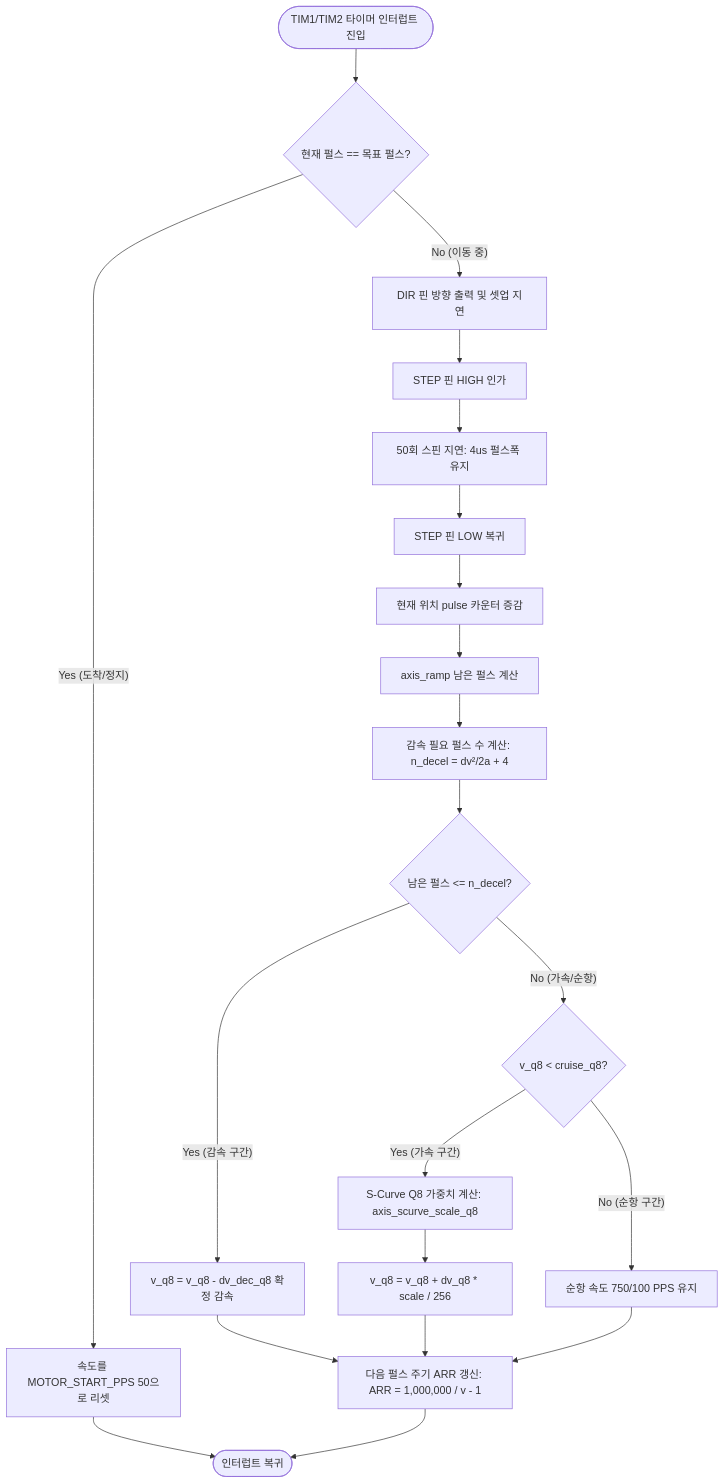
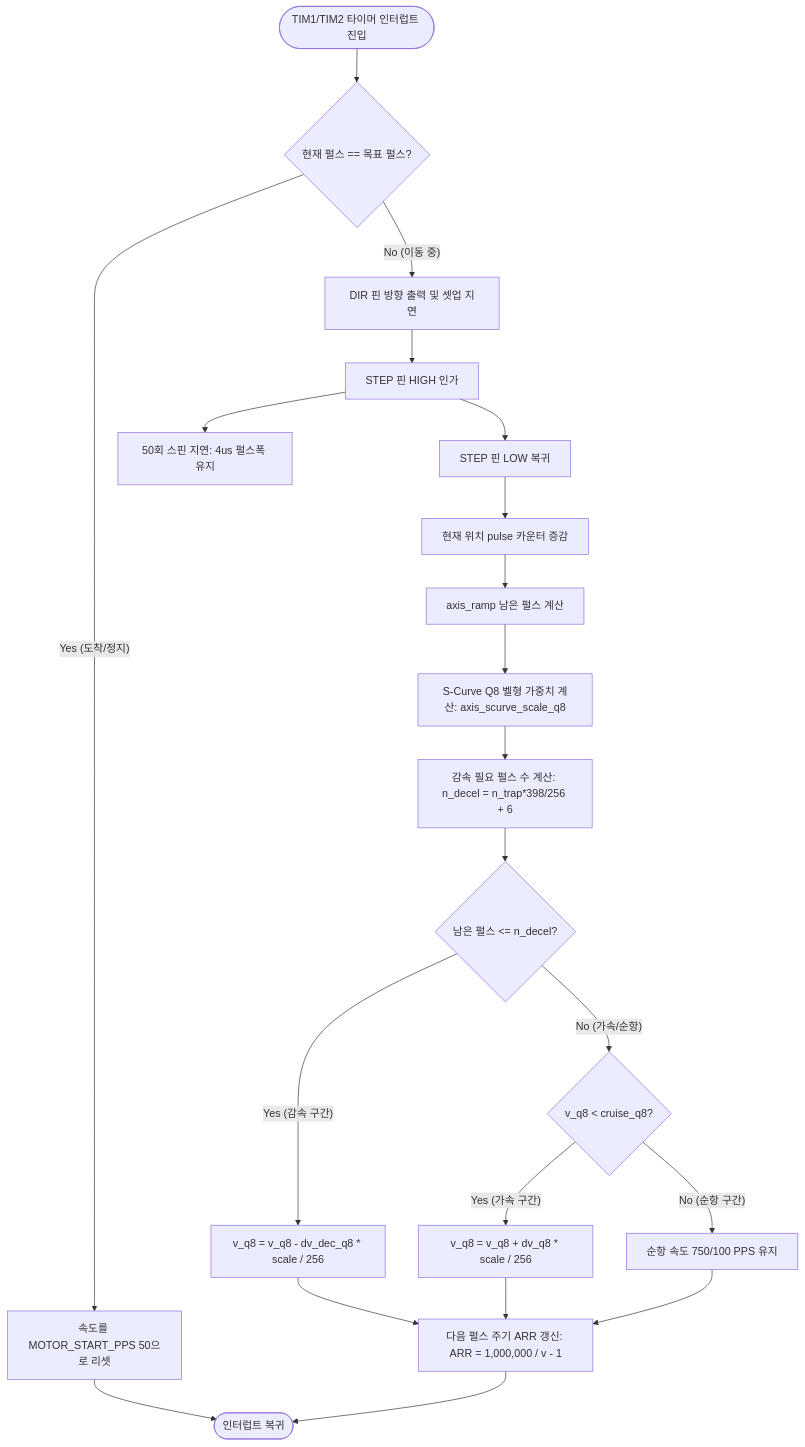
Before and after one commit to VEDA-4th-Oppenheimer/docs: the first of 2 diagrams in components/stm32/motor.md, drawn with Mermaid. The commit also changed other lines of this file, not shown here.

Commit message:
docs(stm32): update motor profile to Phase 5 symmetric S-curve 2100 PPS2 standard

````diff
--- a/components/stm32/motor.md
+++ b/components/stm32/motor.md
@@ -114,22 +119,22 @@
 ```mermaid
 flowchart TD
     ISRStart([TIM1/TIM2 타이머 인터럽트 진입]) --> CheckTarget{현재 펄스 == 목표 펄스?}
     CheckTarget -- Yes (도착/정지) --> ResetStartSpeed[속도를 MOTOR_START_PPS 50으로 리셋] --> EndISR([인터럽트 복귀])
     CheckTarget -- No (이동 중) --> SetDir[DIR 핀 방향 출력 및 셋업 지연]
     SetDir --> StepHigh[STEP 핀 HIGH 인가]
     StepHigh --> SpinWait[50회 스핀 지연: 4us 펄스폭 유지]
-    SpinWait --> StepLow[STEP 핀 LOW 복귀]
     StepLow --> UpdatePulse[현재 위치 pulse 카운터 증감]
+    StepHigh --> StepLow[STEP 핀 LOW 복귀]
     UpdatePulse --> CallRamp[axis_ramp 남은 펄스 계산]
-    CallRamp --> CalcDecel[감속 필요 펄스 수 계산: n_decel = dv²/2a + 4]
+    CallRamp --> ScurveScale[S-Curve Q8 벨형 가중치 계산: axis_scurve_scale_q8]
+    ScurveScale --> CalcDecel[감속 필요 펄스 수 계산: n_decel = n_trap*398/256 + 6]
     CalcDecel --> CheckDecel{남은 펄스 <= n_decel?}
-    CheckDecel -- Yes (감속 구간) --> DecelSpeed[v_q8 = v_q8 - dv_dec_q8 확정 감속]
+    CheckDecel -- Yes (감속 구간) --> DecelSpeed[v_q8 = v_q8 - dv_dec_q8 * scale / 256]
     CheckDecel -- No (가속/순항) --> CheckCruise{v_q8 < cruise_q8?}
-    CheckCruise -- Yes (가속 구간) --> ScurveScale[S-Curve Q8 가중치 계산: axis_scurve_scale_q8]
-    ScurveScale --> AccelSpeed[v_q8 = v_q8 + dv_q8 * scale / 256]
+    CheckCruise -- Yes (가속 구간) --> AccelSpeed[v_q8 = v_q8 + dv_q8 * scale / 256]
     CheckCruise -- No (순항 구간) --> MaintainSpeed[순항 속도 750/100 PPS 유지]
     DecelSpeed --> UpdateARR[다음 펄스 주기 ARR 갱신: ARR = 1,000,000 / v - 1]
     AccelSpeed --> UpdateARR
     MaintainSpeed --> UpdateARR
     UpdateARR --> EndISR
 ```
````
